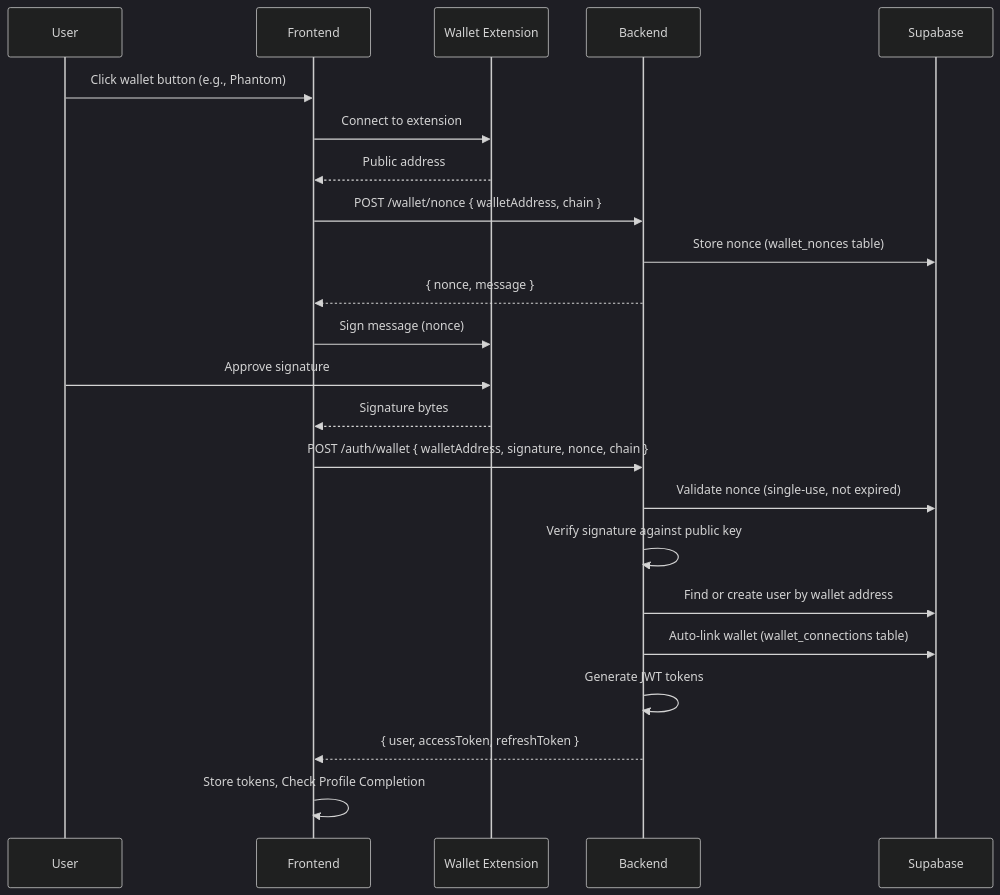
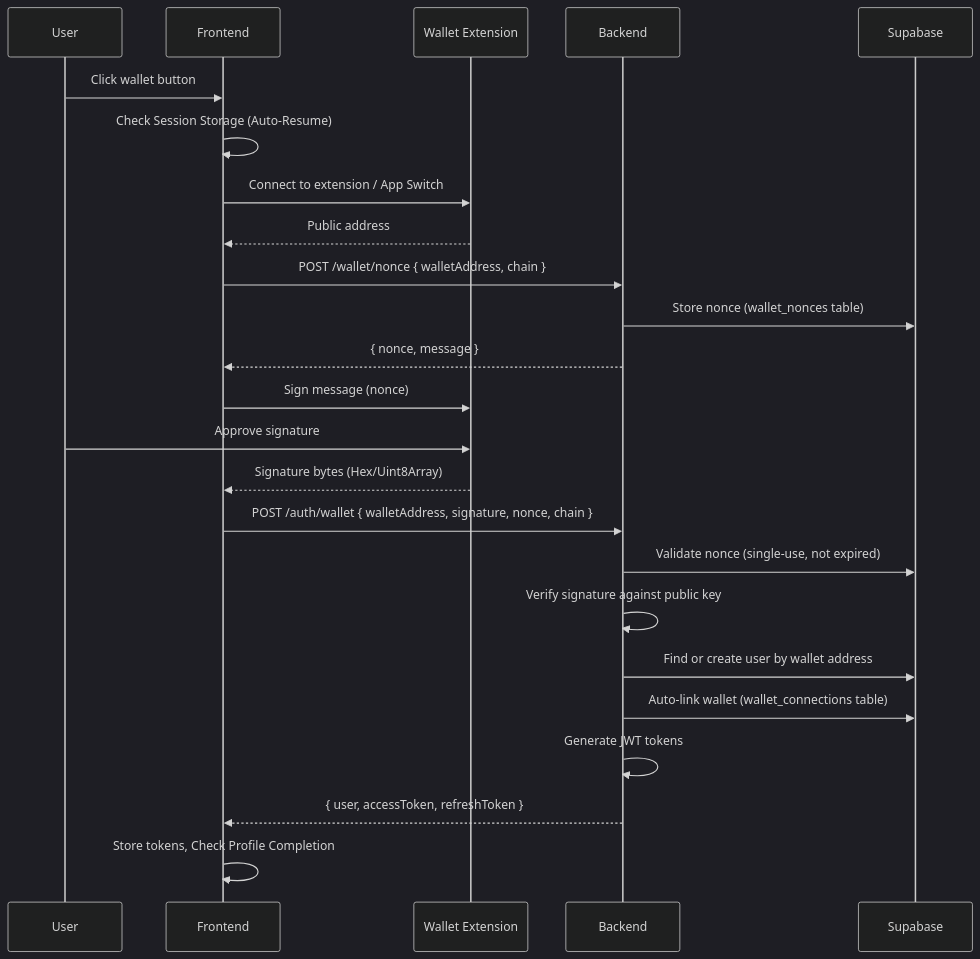
Before and after one commit to slzyoung/SeniQu: the second of 5 diagrams in doc/04-Authentication-Security.md, drawn with Mermaid (dark theme). The commit also changed other lines of this file and 2 other files, not shown here.

Commit message:
fix on login with wallet on mobile

````diff
--- a/doc/04-Authentication-Security.md
+++ b/doc/04-Authentication-Security.md
@@ -63,30 +63,31 @@
 ```mermaid
 sequenceDiagram
     participant User
     participant Frontend
     participant WalletExt as Wallet Extension
     participant Backend
     participant Supabase
 
-    User->>Frontend: Click wallet button (e.g., Phantom)
-    Frontend->>WalletExt: Connect to extension
+    User->>Frontend: Click wallet button
+    Frontend->>Frontend: Check Session Storage (Auto-Resume)
+    Frontend->>WalletExt: Connect to extension / App Switch
     WalletExt-->>Frontend: Public address
 
     Frontend->>Backend: POST /wallet/nonce { walletAddress, chain }
     Backend->>Supabase: Store nonce (wallet_nonces table)
     Backend-->>Frontend: { nonce, message }
 
     Frontend->>WalletExt: Sign message (nonce)
     User->>WalletExt: Approve signature
-    WalletExt-->>Frontend: Signature bytes
+    WalletExt-->>Frontend: Signature bytes (Hex/Uint8Array)
 
     Frontend->>Backend: POST /auth/wallet { walletAddress, signature, nonce, chain }
     Backend->>Supabase: Validate nonce (single-use, not expired)
     Backend->>Backend: Verify signature against public key
     Backend->>Supabase: Find or create user by wallet address
     Backend->>Supabase: Auto-link wallet (wallet_connections table)
     Backend->>Backend: Generate JWT tokens
     Backend-->>Frontend: { user, accessToken, refreshToken }
 
     Frontend->>Frontend: Store tokens, Check Profile Completion
 ```
````
